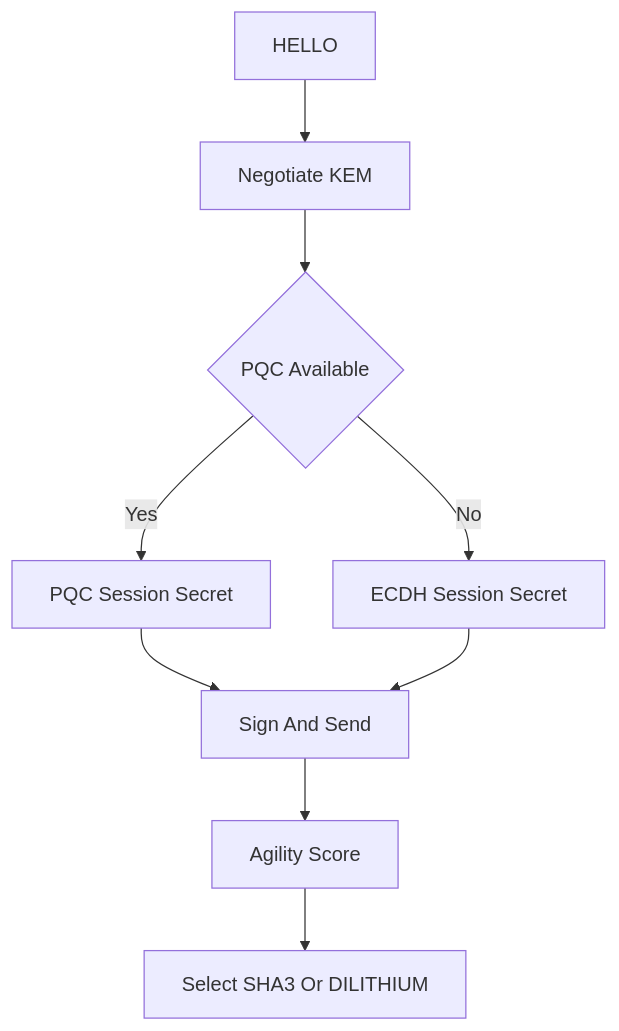
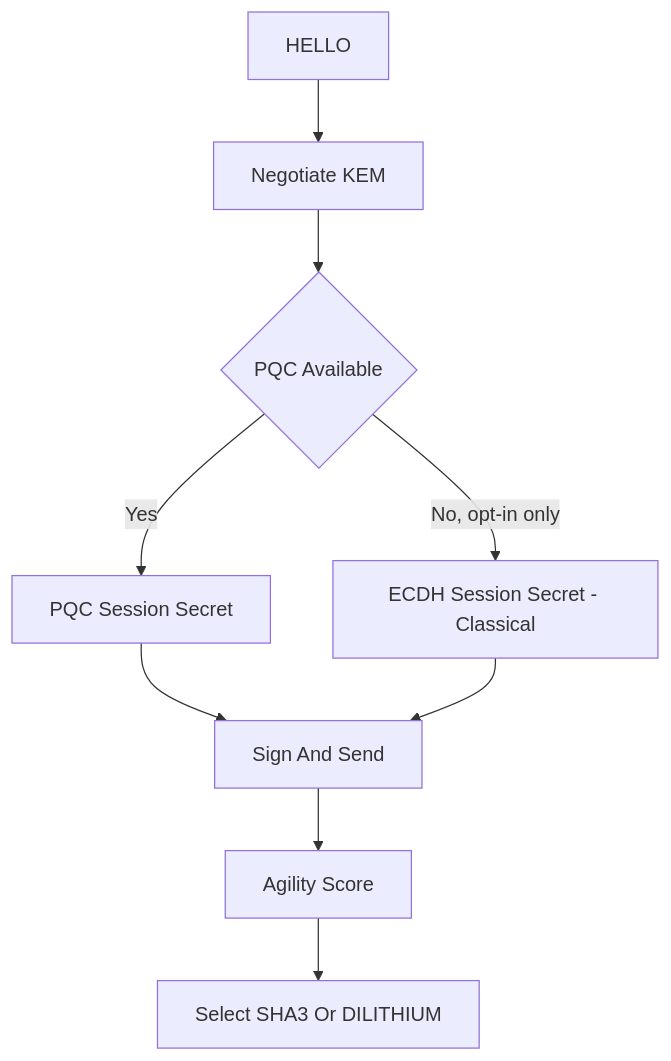
Before and after one commit to smshagor-dev/Next-Gen-Blockchain-for-Vehicle-Security: the fourth of 45 diagrams in readme.md, drawn with Mermaid. The commit also changed other lines of this file and 167 other files, not shown here.

````diff
--- a/readme.md
+++ b/readme.md
@@ -315,11 +335,11 @@
 ```mermaid
 flowchart TD
     A[HELLO] --> B[Negotiate KEM]
     B --> C{PQC Available}
     C -->|Yes| D[PQC Session Secret]
-    C -->|No| E[ECDH Session Secret]
+    C -->|No, opt-in only| E[ECDH Session Secret - Classical]
     D --> F[Sign And Send]
     E --> F
     F --> G[Agility Score]
     G --> H[Select SHA3 Or DILITHIUM]
 ```
````
